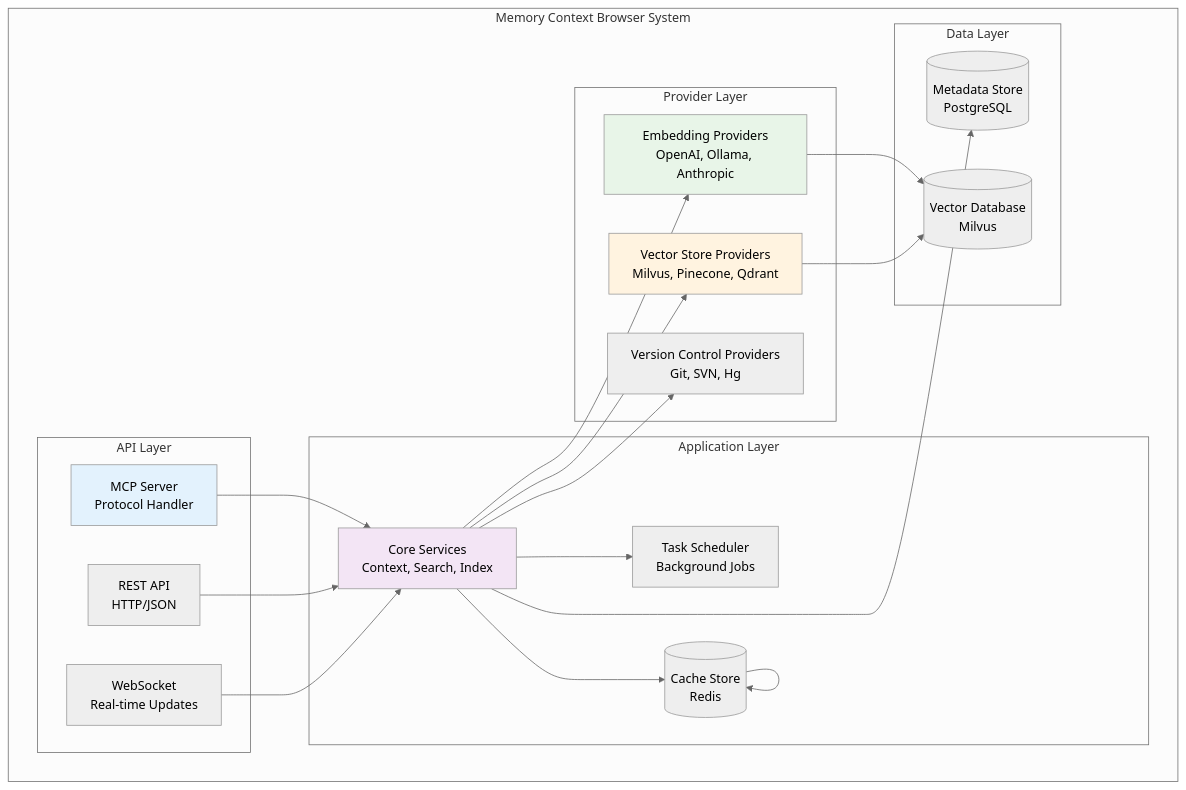
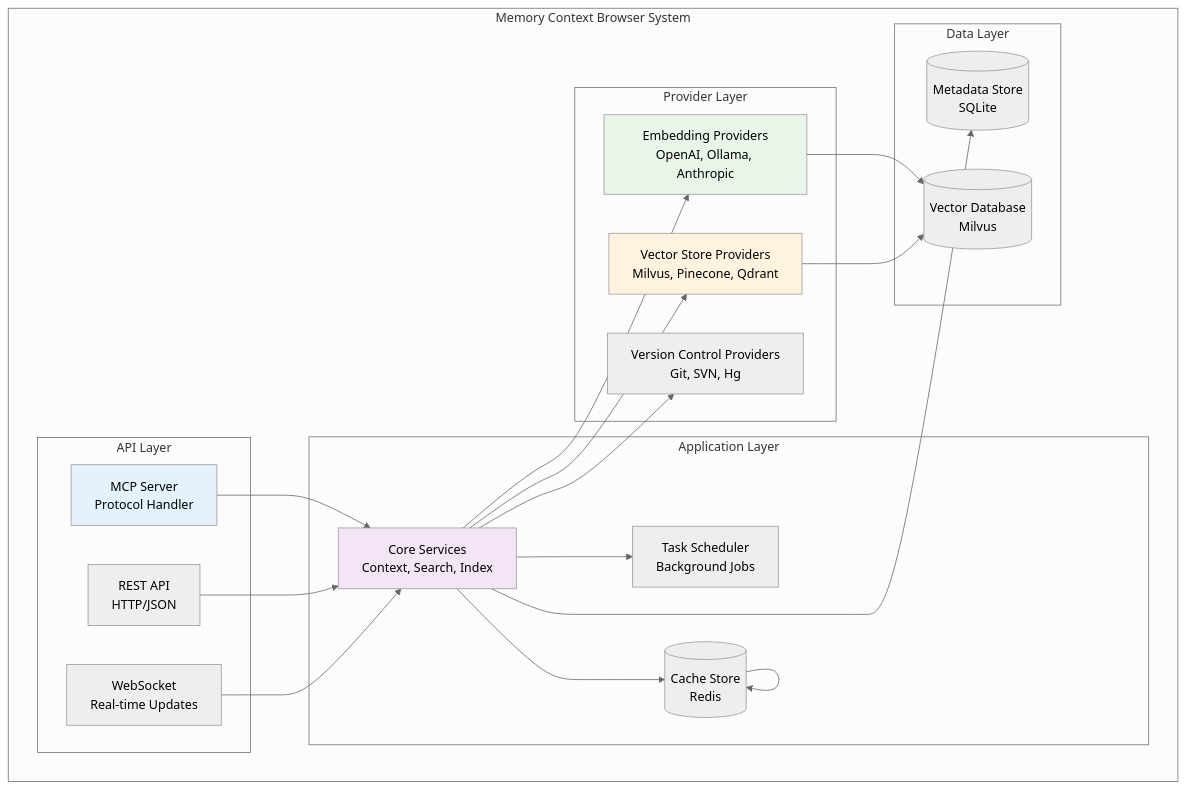
Before and after one commit to marlonsc/mcb: the second of 6 diagrams in docs/architecture/ARCHITECTURE.md, drawn with Mermaid (neutral theme). The commit also changed other lines of this file and 153 other files, not shown here.

````diff
--- a/docs/architecture/ARCHITECTURE.md
+++ b/docs/architecture/ARCHITECTURE.md
@@ -158,48 +158,48 @@
 ```mermaid
 graph TB
     subgraph "Memory Context Browser System"
         subgraph "API Layer"
             MCP[MCP Server<br/>Protocol Handler]
             REST[REST API<br/>HTTP/JSON]
             WS[WebSocket<br/>Real-time Updates]
         end
 
         subgraph "Application Layer"
             CORE[Core Services<br/>Context, Search, Index]
             TASK[Task Scheduler<br/>Background Jobs]
             CACHE[Cache Manager<br/>Redis Interface]
         end
 
         subgraph "Provider Layer"
             EMB[Embedding Providers<br/>OpenAI, Ollama, Anthropic]
             VDB[Vector Store Providers<br/>Milvus, Pinecone, Qdrant]
             VCS[Version Control Providers<br/>Git, SVN, Hg]
         end
 
         subgraph "Data Layer"
-            METADATA[(Metadata Store<br/>PostgreSQL)]
+            METADATA[(Metadata Store<br/>SQLite)]
             VECTORS[(Vector Database<br/>Milvus)]
             CACHE[(Cache Store<br/>Redis)]
         end
     end
 
     MCP --> CORE
     REST --> CORE
     WS --> CORE
 
     CORE --> EMB
     CORE --> VDB
     CORE --> VCS
     CORE --> TASK
     CORE --> CACHE
 
     EMB --> VECTORS
     VDB --> VECTORS
     CORE --> METADATA
     CACHE --> CACHE
 
     style MCP fill:#e3f2fd
     style CORE fill:#f3e5f5
     style EMB fill:#e8f5e8
     style VDB fill:#fff3e0
 ```
````
